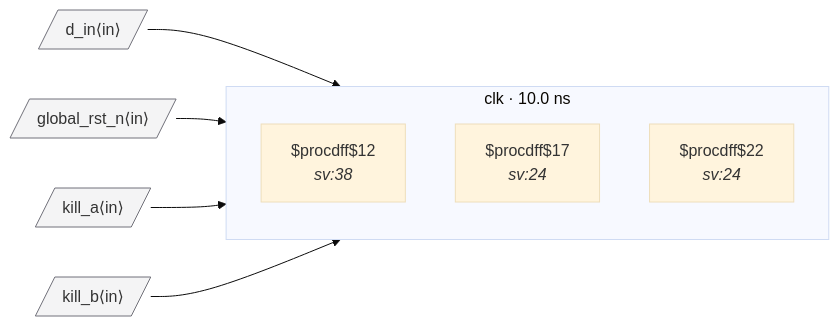
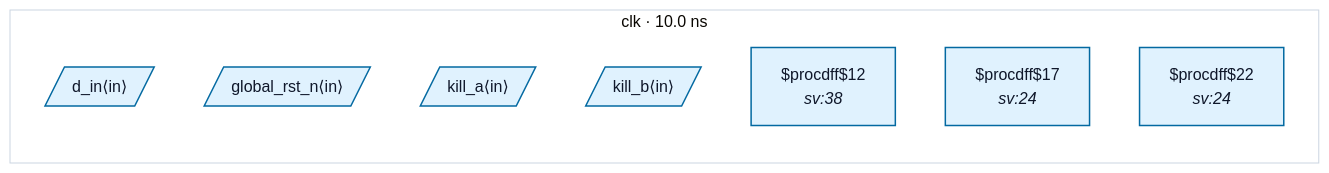
Before and after one commit to rtl-buddy/rtl-buddy-cdc: the diagram in tests/fixtures/bad_rdc_004_comb_driven_reset/README.md, drawn with Mermaid (base theme). The commit also changed 71 other files, not shown here.

````diff
--- a/tests/fixtures/bad_rdc_004_comb_driven_reset/README.md
+++ b/tests/fixtures/bad_rdc_004_comb_driven_reset/README.md
@@ -18,19 +18,18 @@
 ```mermaid
 %% bad_rdc_004_comb_driven_reset — generated by rtl-buddy-cdc render
 flowchart LR
   subgraph clk_clk["clk · 10.0 ns"]
     direction TB
-    f_b0dd9302["$procdff$12<br/><i>sv:38</i>"]
-    f_5ec4b5c9["$procdff$17<br/><i>sv:24</i>"]
-    f_089207c6["$procdff$22<br/><i>sv:24</i>"]
+    p_in_d_in[/"d_in⟨in⟩"/]:::ckcls_clk
+    p_in_global_rst_n[/"global_rst_n⟨in⟩"/]:::ckcls_clk
+    p_in_kill_a[/"kill_a⟨in⟩"/]:::ckcls_clk
+    p_in_kill_b[/"kill_b⟨in⟩"/]:::ckcls_clk
+    f_b0dd9302["$procdff$12<br/><i>sv:38</i>"]:::ckcls_clk
+    f_5ec4b5c9["$procdff$17<br/><i>sv:24</i>"]:::ckcls_clk
+    f_089207c6["$procdff$22<br/><i>sv:24</i>"]:::ckcls_clk
   end
-  p_in_d_in[/"d_in⟨in⟩"/]:::port
-  p_in_global_rst_n[/"global_rst_n⟨in⟩"/]:::port
-  p_in_kill_a[/"kill_a⟨in⟩"/]:::port
-  p_in_kill_b[/"kill_b⟨in⟩"/]:::port
-  p_in_d_in --> f_b0dd9302
-  p_in_global_rst_n --> f_b0dd9302
-  p_in_kill_a --> f_b0dd9302
-  p_in_kill_b --> f_b0dd9302
-  classDef port fill:#f4f4f5,stroke:#71717a
+  style clk_clk fill:none,stroke:#cbd5e1
+  classDef ckcls_clk fill:#e0f2fe,stroke:#0369a1,stroke-width:1.5px,color:#0f172a
+  classDef port_unassigned fill:#f4f4f5,stroke:#71717a,color:#0f172a
+  classDef ckcls_legend_neutral fill:#ffffff,stroke:#cbd5e1,stroke-width:1px,color:#0f172a
 ```
````
